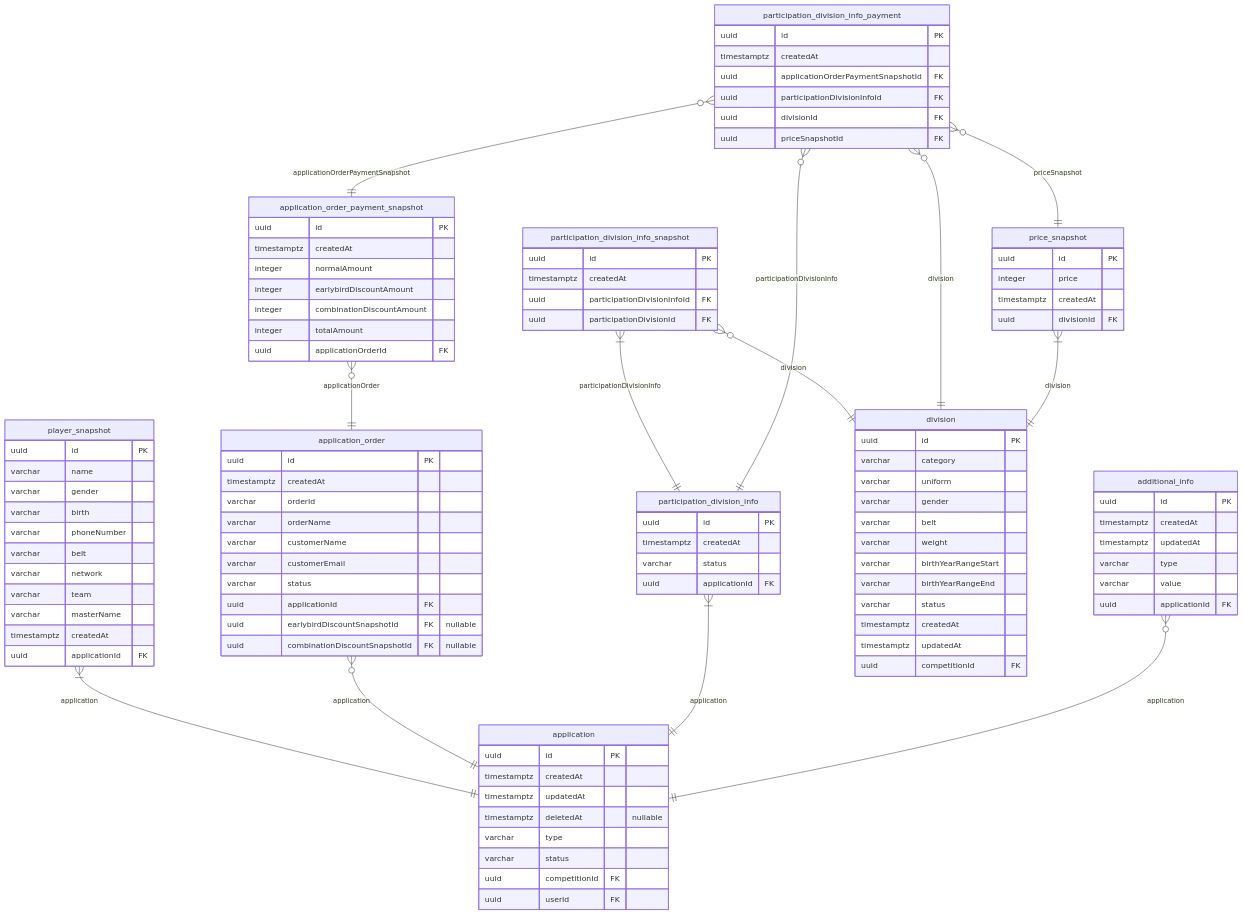
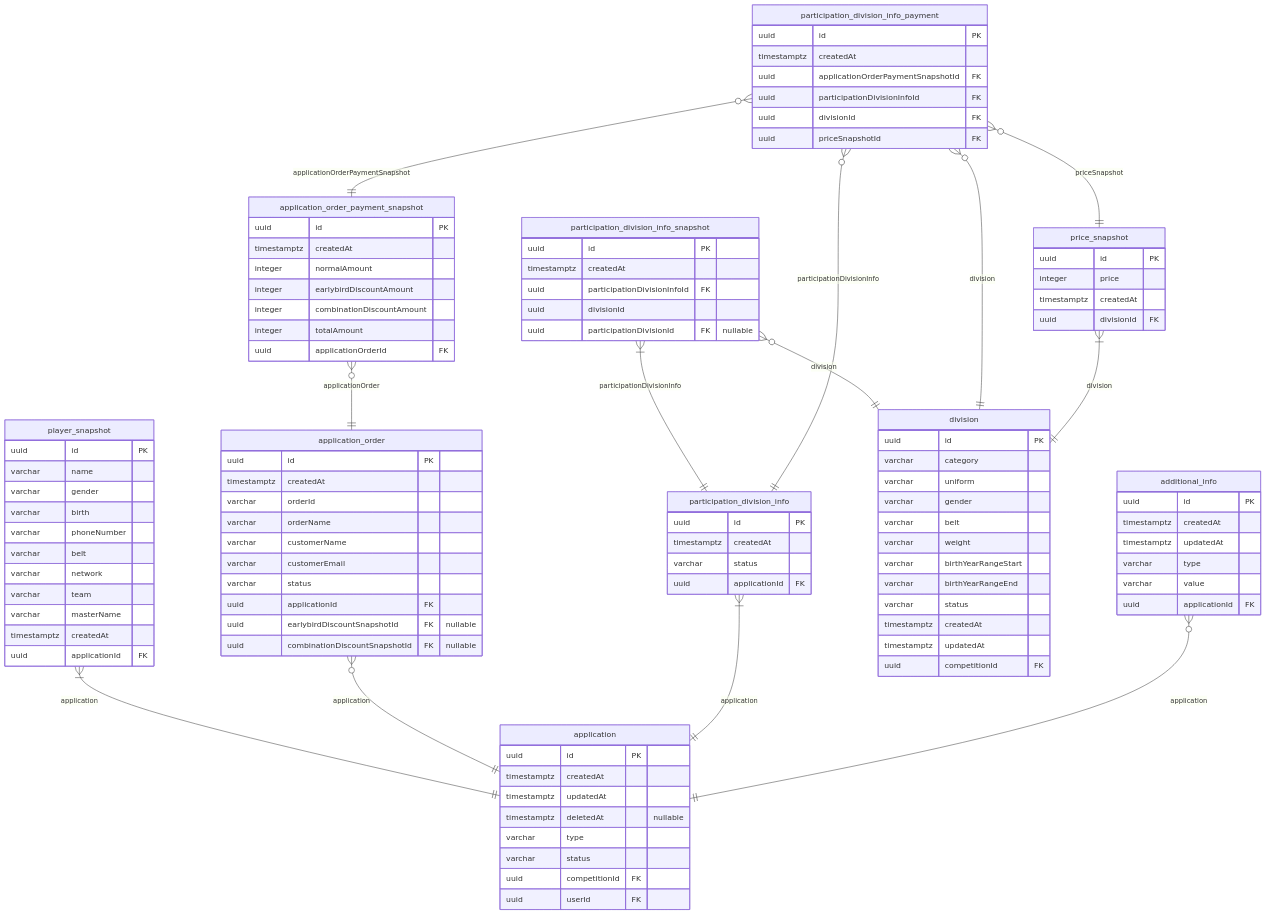
Before and after one commit to NAJUHA-JIUJITSU/najuha-v2-be: the second of 6 diagrams in docs/najiha-v2-erd.md, drawn with Mermaid. The commit also changed other lines of this file and 26 other files, not shown here.

```diff
--- a/docs/najiha-v2-erd.md
+++ b/docs/najiha-v2-erd.md
@@ -187,7 +182,8 @@
     uuid id PK
     timestamptz createdAt
     uuid participationDivisionInfoId FK
-    uuid participationDivisionId FK
+    uuid divisionId
+    uuid participationDivisionId FK "nullable"
   }
   participation_division_info {
     uuid id PK
```
